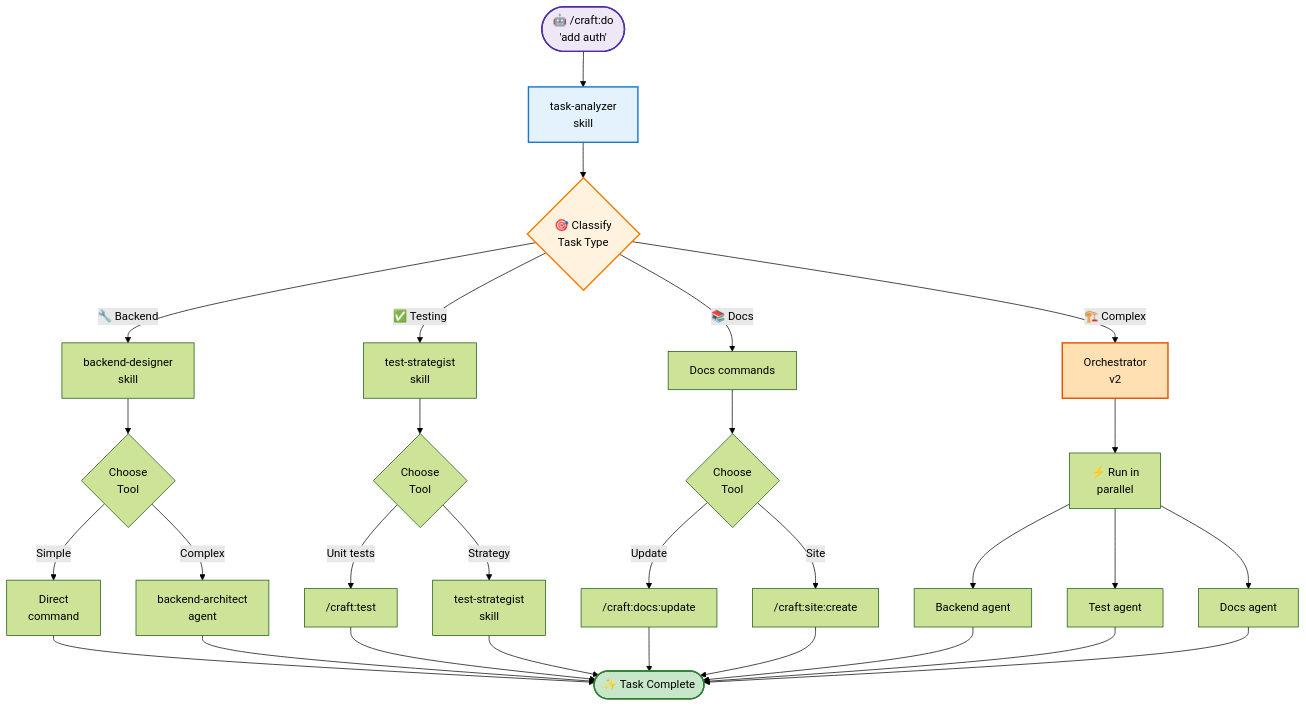
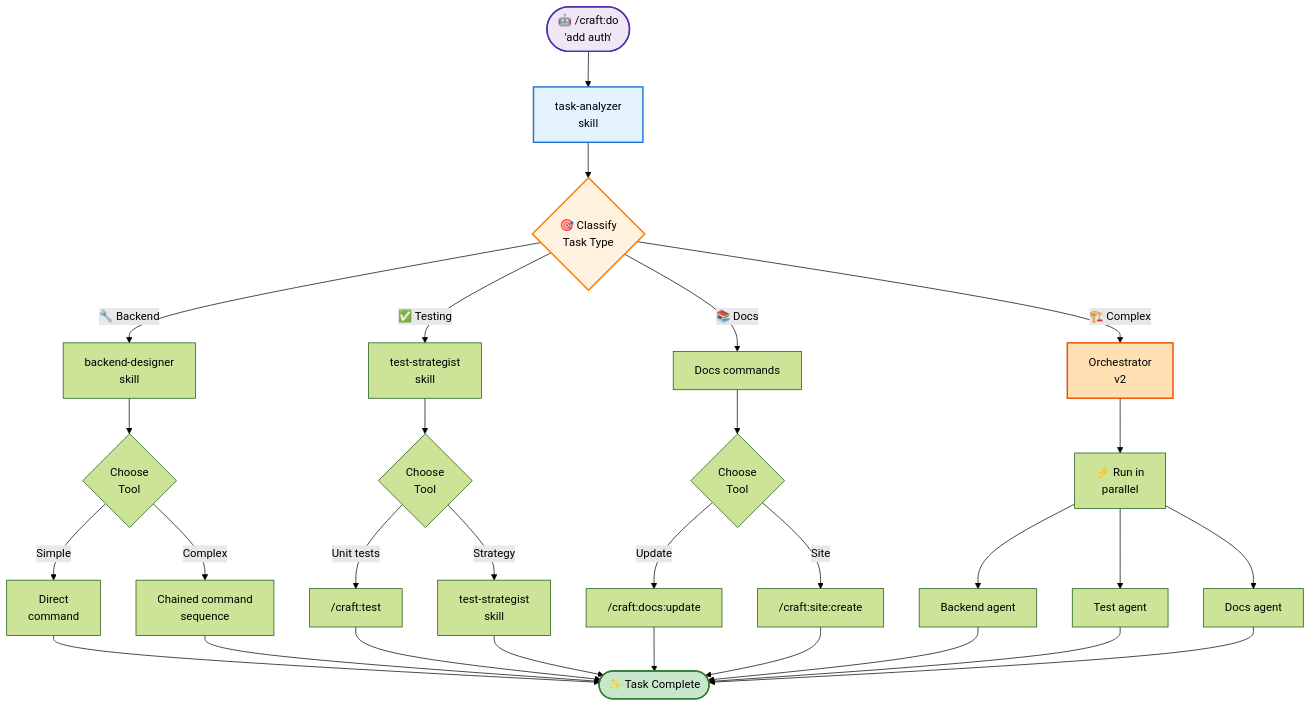
The sixth of 7 diagrams in docs/workflows/index.md (Data-Wise/craft), drawn with Mermaid (forest theme) before and after one commit. The commit also changed other lines of this file and 51 other files, not shown here.

````diff
--- a/docs/workflows/index.md
+++ b/docs/workflows/index.md
@@ -294,49 +294,49 @@
 ```mermaid
 flowchart TD
     START(["🤖 /craft:do<br/>'add auth'"]) --> ANALYZE["task-analyzer<br/>skill"]
 
     ANALYZE --> CLASSIFY{🎯 Classify<br/>Task Type}
 
     CLASSIFY -->|🔧 Backend| BACKEND["backend-designer<br/>skill"]
     CLASSIFY -->|✅ Testing| TEST["test-strategist<br/>skill"]
     CLASSIFY -->|📚 Docs| DOCS["Docs commands"]
     CLASSIFY -->|🏗️ Complex| ORCHESTRATE["Orchestrator<br/>v2"]
 
     BACKEND --> ROUTE1{Choose<br/>Tool}
     ROUTE1 -->|Simple| CMD1["Direct<br/>command"]
-    ROUTE1 -->|Complex| AGENT1["backend-architect<br/>agent"]
+    ROUTE1 -->|Complex| AGENT1["Chained command<br/>sequence"]
 
     TEST --> ROUTE2{Choose<br/>Tool}
     ROUTE2 -->|Unit tests| CMD2["/craft:test"]
     ROUTE2 -->|Strategy| AGENT2["test-strategist<br/>skill"]
 
     DOCS --> ROUTE3{Choose<br/>Tool}
     ROUTE3 -->|Update| CMD3["/craft:docs:update"]
     ROUTE3 -->|Site| CMD4["/craft:site:create"]
 
     ORCHESTRATE --> PARALLEL["⚡ Run in<br/>parallel"]
     PARALLEL --> SUB1["Backend agent"]
     PARALLEL --> SUB2["Test agent"]
     PARALLEL --> SUB3["Docs agent"]
 
     CMD1 --> DONE(["✨ Task Complete"])
     AGENT1 --> DONE
     CMD2 --> DONE
     AGENT2 --> DONE
     CMD3 --> DONE
     CMD4 --> DONE
     SUB1 --> DONE
     SUB2 --> DONE
     SUB3 --> DONE
 
     click START "../commands/smart#craftdo" "Click to see universal command docs"
     click ORCHESTRATE "../guide/orchestrator" "Click to learn about orchestrator"
     click CMD3 "../commands/docs#craftdocsupdate" "Click to see docs automation"
     click CMD4 "../commands/site#craftcreate" "Click to see site creation"
 
     style START fill:#ede7f6,stroke:#512da8,stroke-width:2px
     style ANALYZE fill:#e3f2fd,stroke:#1976d2,stroke-width:2px
     style CLASSIFY fill:#fff3e0,stroke:#f57c00,stroke-width:2px
     style ORCHESTRATE fill:#ffe0b2,stroke:#e65100,stroke-width:2px
     style DONE fill:#c8e6c9,stroke:#2e7d32,stroke-width:2px
 ```
````
